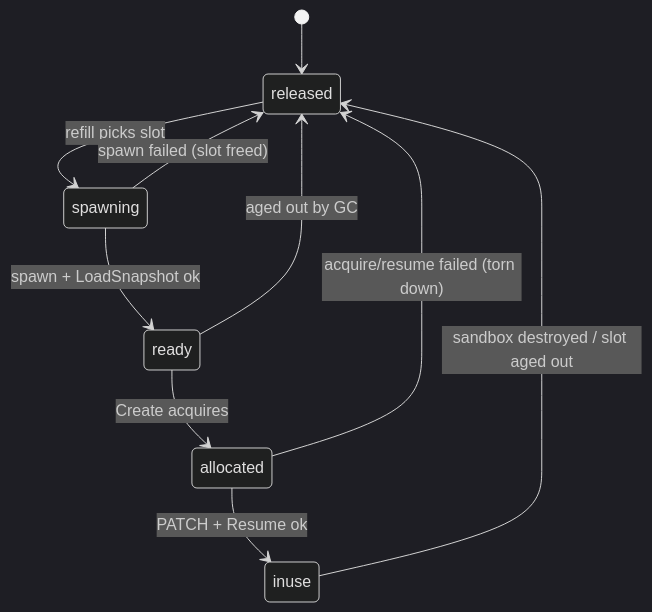
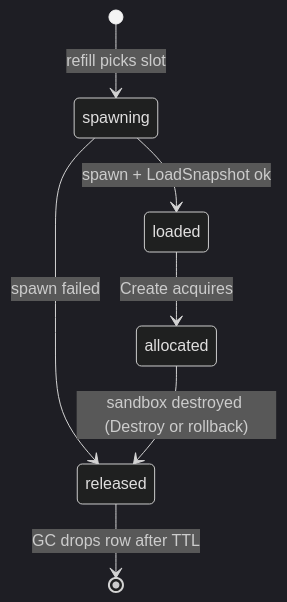
The fifth of 6 diagrams in docs/src/content/docs/firecracker-hydration.mdx (aerol-ai/microvm), drawn with Mermaid (dark theme) before and after one commit. The commit also changed other lines of this file and 6 other files, not shown here.

````diff
--- a/docs/src/content/docs/firecracker-hydration.mdx
+++ b/docs/src/content/docs/firecracker-hydration.mdx
@@ -152,12 +165,9 @@
 ```mermaid
 stateDiagram-v2
-    [*] --> released
-    released --> spawning: refill picks slot
-    spawning --> ready: spawn + LoadSnapshot ok
-    spawning --> released: spawn failed (slot freed)
-    ready --> allocated: Create acquires
-    allocated --> inuse: PATCH + Resume ok
-    allocated --> released: acquire/resume failed (torn down)
-    inuse --> released: sandbox destroyed / slot aged out
-    ready --> released: aged out by GC
+    [*] --> spawning: refill picks slot
+    spawning --> loaded: spawn + LoadSnapshot ok
+    spawning --> released: spawn failed
+    loaded --> allocated: Create acquires
+    allocated --> released: sandbox destroyed (Destroy or rollback)
+    released --> [*]: GC drops row after TTL
 ```
````
